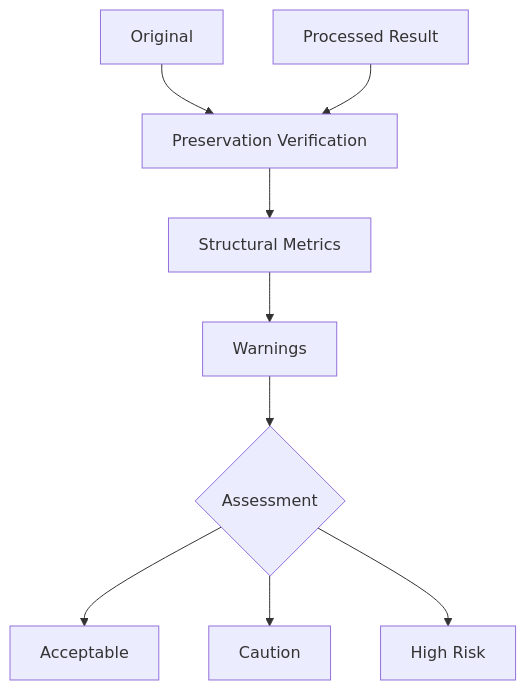
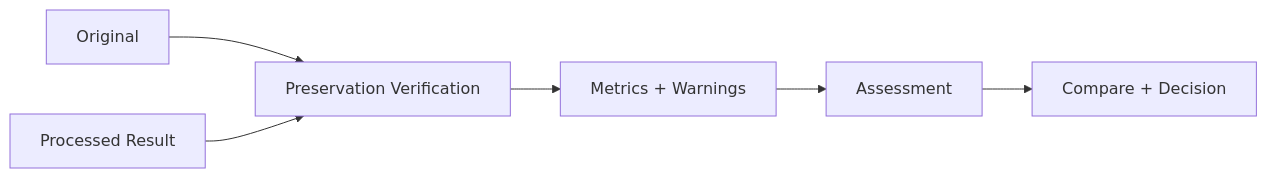
The ninth of 11 diagrams in docs/workflow.md (Alhareith/manuscript-doctor), drawn with Mermaid before and after one commit. The commit also changed other lines of this file and 168 other files, not shown here.

````diff
--- a/docs/workflow.md
+++ b/docs/workflow.md
@@ -393,13 +286,8 @@
-```mermaid id="wf-preservation"
-flowchart TD
+```mermaid
+flowchart LR
     A["Original"] --> C["Preservation Verification"]
     B["Processed Result"] --> C
-
-    C --> D["Structural Metrics"]
-    D --> E["Warnings"]
-    E --> F{"Assessment"}
-
-    F --> G["Acceptable"]
-    F --> H["Caution"]
-    F --> I["High Risk"]
+    C --> D["Metrics + Warnings"]
+    D --> E["Assessment"]
+    E --> F["Compare + Decision"]
 ```
````
